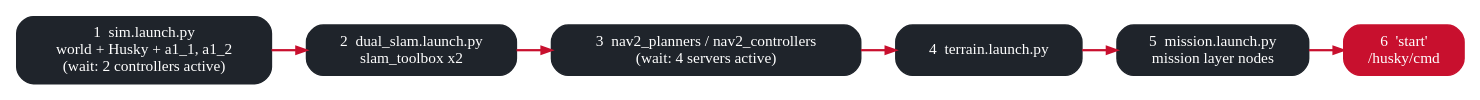
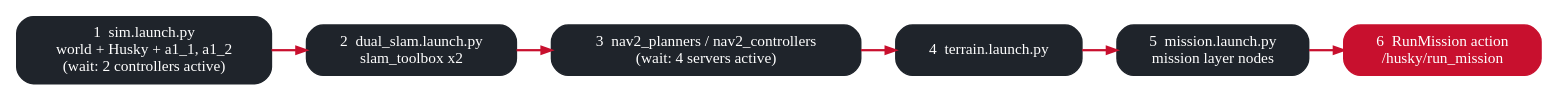
Before and after one commit to nhd2642/ros2_hw: the diagram in docs_site/diagrams/launch_order.dot, drawn with Graphviz. The commit also changed 59 other files, not shown here.

```diff
--- a/docs_site/diagrams/launch_order.dot
+++ b/docs_site/diagrams/launch_order.dot
@@ -1,12 +1,12 @@
 digraph launch_order {
   rankdir=LR; nodesep=0.25; ranksep=0.35;
   node [shape=box, style="rounded,filled", fillcolor="#1F242B", fontcolor="white", color="#1F242B", margin="0.15,0.08", fontsize=11];
   edge [color="#C8102E", arrowsize=0.7, penwidth=1.6];
   s1 [label="1  sim.launch.py\nworld + Husky + a1_1, a1_2\n(wait: 2 controllers active)"];
   s2 [label="2  dual_slam.launch.py\nslam_toolbox x2"];
   s3 [label="3  nav2_planners / nav2_controllers\n(wait: 4 servers active)"];
   s4 [label="4  terrain.launch.py"];
   s5 [label="5  mission.launch.py\nmission layer nodes"];
-  s6 [label="6  'start'\n/husky/cmd", fillcolor="#C8102E", color="#C8102E"];
+  s6 [label="6  RunMission action\n/husky/run_mission", fillcolor="#C8102E", color="#C8102E"];
   s1 -> s2 -> s3 -> s4 -> s5 -> s6;
 }
```
